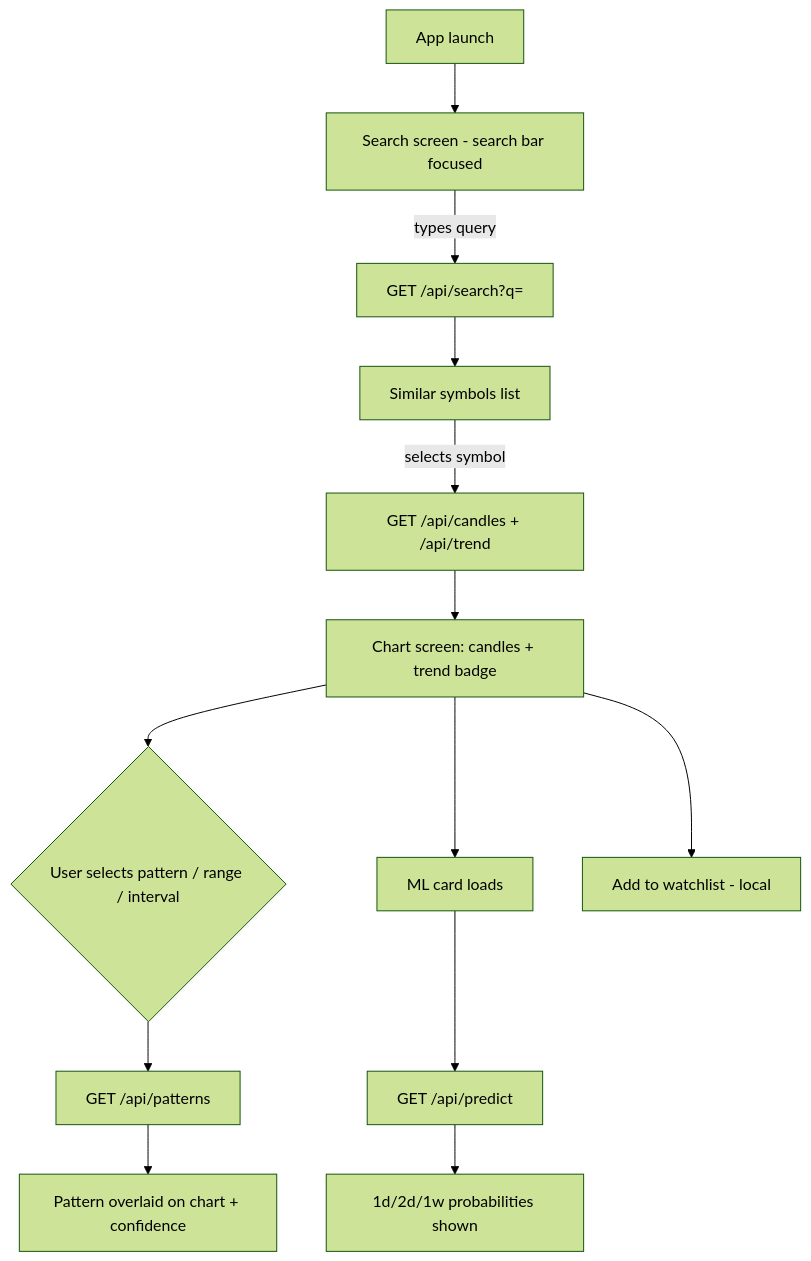
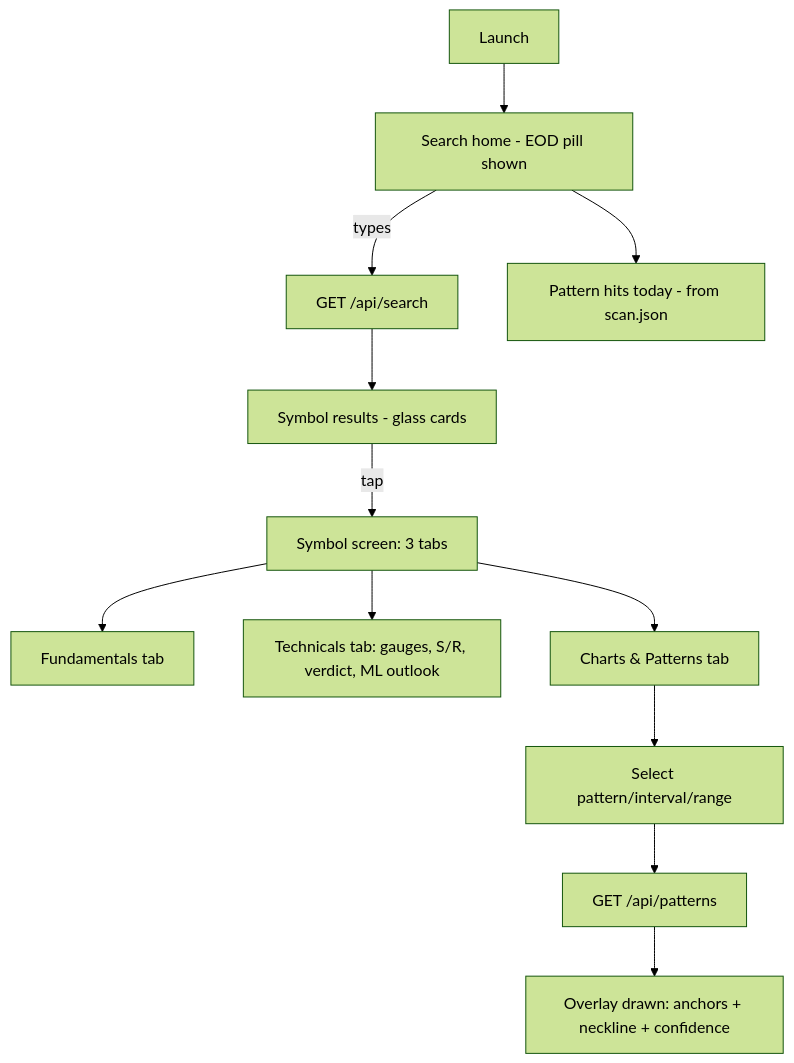
One commit to 5r1n1dh1/TechnicalPatternAnalysis changed the second of 4 diagrams in design/plan.md. Above: the diagram before and after it, drawn with Mermaid (forest theme). The commit also changed other lines of this file, not shown here.

Commit message:
Rewrite plan: EOD-only architecture, 3 tabs, Kaggle-backed ML pipeline

````diff
--- a/design/plan.md
+++ b/design/plan.md
@@ -148,15 +236,14 @@
 ```mermaid
 flowchart TD
-    A[App launch] --> B[Search screen - search bar focused]
-    B -->|types query| C[GET /api/search?q=]
-    C --> D[Similar symbols list]
-    D -->|selects symbol| E[GET /api/candles + /api/trend]
-    E --> F[Chart screen: candles + trend badge]
-    F --> G{User selects pattern / range / interval}
-    G --> H[GET /api/patterns]
-    H --> I[Pattern overlaid on chart + confidence]
-    F --> J[ML card loads]
-    J --> K[GET /api/predict]
-    K --> L[1d/2d/1w probabilities shown]
-    F --> M[Add to watchlist - local]
+    A[Launch] --> B[Search home - EOD pill shown]
+    B -->|types| C[GET /api/search]
+    C --> D[Symbol results - glass cards]
+    D -->|tap| E[Symbol screen: 3 tabs]
+    E --> F[Fundamentals tab]
+    E --> G[Technicals tab: gauges, S/R, verdict, ML outlook]
+    E --> H[Charts & Patterns tab]
+    H --> I[Select pattern/interval/range]
+    I --> J[GET /api/patterns]
+    J --> K[Overlay drawn: anchors + neckline + confidence]
+    B --> L[Pattern hits today - from scan.json]
 ```
````
